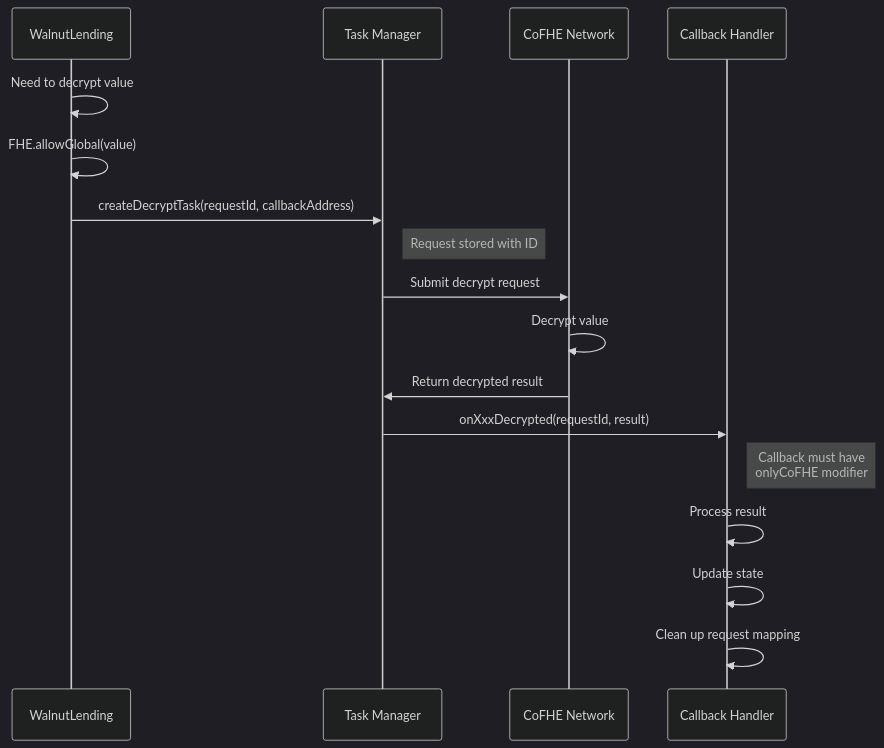
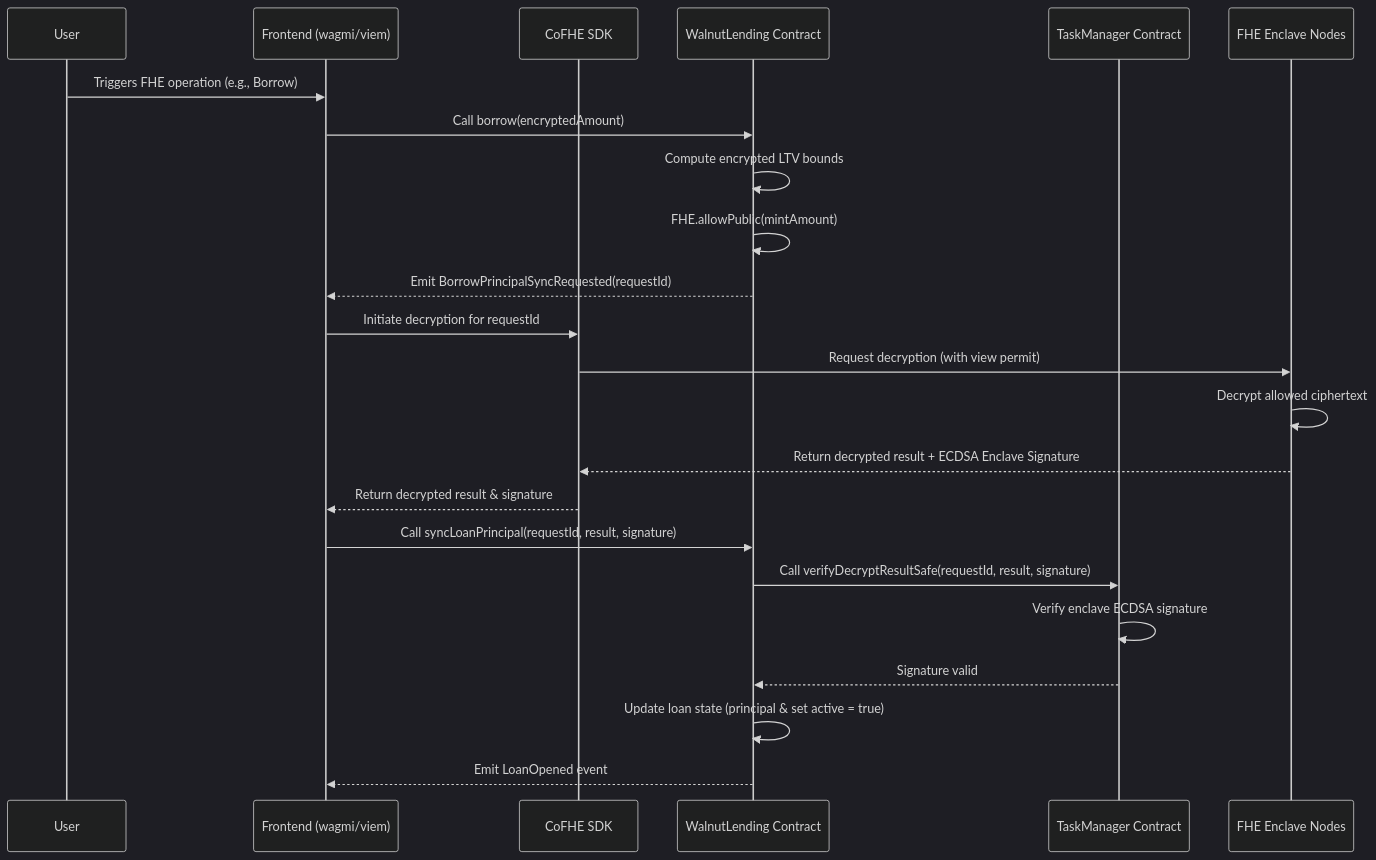
The fifth of 5 diagrams in public/docs/architecture.md (Iam-jayant/walnut), drawn with Mermaid (dark theme) before and after one commit. The commit also changed other lines of this file and 5 other files, not shown here.

Commit message:
Update architecture documentation with client-driven decryption sync pattern

````diff
--- a/public/docs/architecture.md
+++ b/public/docs/architecture.md
@@ -178,23 +191,28 @@
 ```mermaid
 sequenceDiagram
-    participant Contract as WalnutLending
-    participant TM as Task Manager
-    participant CoFHE as CoFHE Network
-    participant Callback as Callback Handler
+    participant User
+    participant Client as Frontend (wagmi/viem)
+    participant SDK as CoFHE SDK
+    participant WL as WalnutLending Contract
+    participant TM as TaskManager Contract
+    participant FHE as FHE Enclave Nodes
 
-    Contract->>Contract: Need to decrypt value
-    Contract->>Contract: FHE.allowGlobal(value)
-    Contract->>TM: createDecryptTask(requestId, callbackAddress)
-    Note right of TM: Request stored with ID
-
-    TM->>CoFHE: Submit decrypt request
-    CoFHE->>CoFHE: Decrypt value
-    CoFHE->>TM: Return decrypted result
-
-    TM->>Callback: onXxxDecrypted(requestId, result)
-    Note right of Callback: Callback must have<br/>onlyCoFHE modifier
-
-    Callback->>Callback: Process result
-    Callback->>Callback: Update state
-    Callback->>Callback: Clean up request mapping
+    User->>Client: Triggers FHE operation (e.g., Borrow)
+    Client->>WL: Call borrow(encryptedAmount)
+    WL->>WL: Compute encrypted LTV bounds
+    WL->>WL: FHE.allowPublic(mintAmount)
+    WL-->>Client: Emit BorrowPrincipalSyncRequested(requestId)
+    
+    Client->>SDK: Initiate decryption for requestId
+    SDK->>FHE: Request decryption (with view permit)
+    FHE->>FHE: Decrypt allowed ciphertext
+    FHE-->>SDK: Return decrypted result + ECDSA Enclave Signature
+    SDK-->>Client: Return decrypted result & signature
+    
+    Client->>WL: Call syncLoanPrincipal(requestId, result, signature)
+    WL->>TM: Call verifyDecryptResultSafe(requestId, result, signature)
+    TM->>TM: Verify enclave ECDSA signature
+    TM-->>WL: Signature valid
+    WL->>WL: Update loan state (principal & set active = true)
+    WL-->>Client: Emit LoanOpened event
 ```
````
